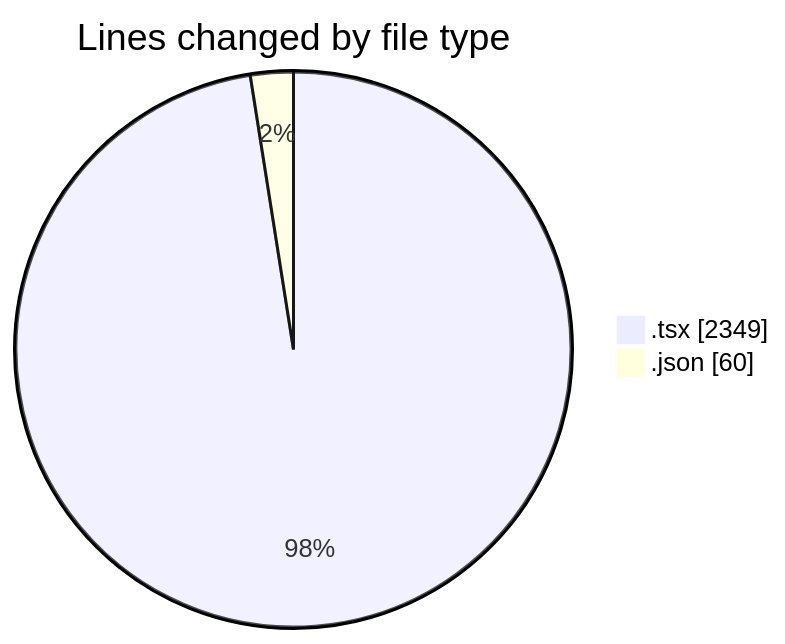
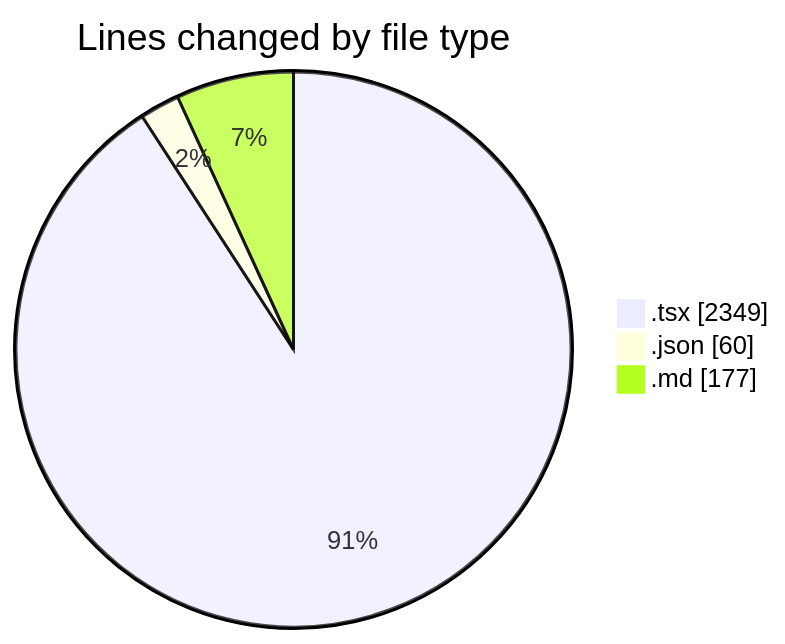
One commit to momahboobian/code-tracking changed the first of 2 diagrams in 2025-12-08/cda/README.md. Above: the diagram before and after it, drawn with Mermaid. The commit also changed other lines of this file and 1 other file, not shown here.

````diff
--- a/2025-12-08/cda/README.md
+++ b/2025-12-08/cda/README.md
@@ -23,6 +24,7 @@
 ```mermaid
 pie showData
 title Lines changed by file type
 ".tsx" : 2349
 ".json" : 60
+".md" : 177
 ```
````
